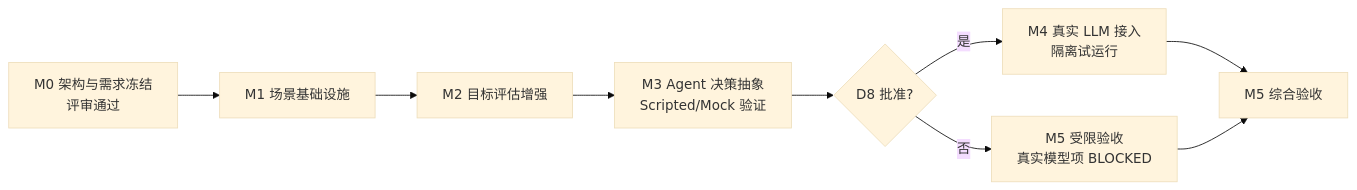
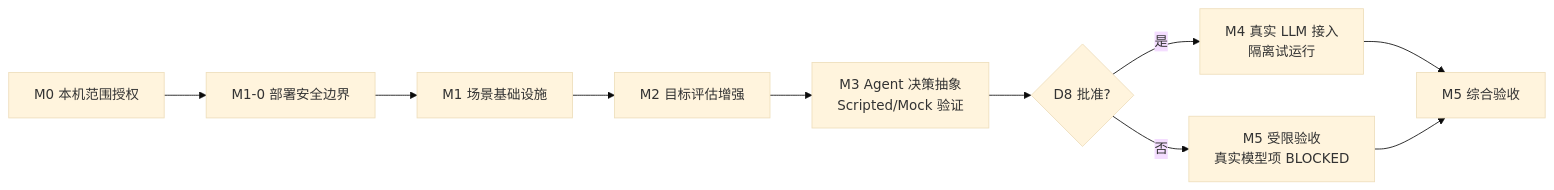
One commit to zjy110203/TraceGuard changed the diagram in docs/r5/R5-5.3-开发任务与验收矩阵.md. Above: the diagram before and after it, drawn with Mermaid (base theme). The commit also changed other lines of this file and 62 other files, not shown here.

Commit message:
Complete local M1-M3 foundations and M5 repair flow

````diff
--- a/docs/r5/R5-5.3-开发任务与验收矩阵.md
+++ b/docs/r5/R5-5.3-开发任务与验收矩阵.md
@@ -12,11 +12,12 @@
 ```mermaid
 flowchart LR
-    M0[M0 架构与需求冻结<br/>评审通过] --> M1[M1 场景基础设施]
+    M0[M0 本机范围授权] --> M10[M1-0 部署安全边界]
+    M10 --> M1[M1 场景基础设施]
     M1 --> M2[M2 目标评估增强]
     M2 --> M3[M3 Agent 决策抽象<br/>Scripted/Mock 验证]
     M3 --> D8{D8 批准?}
     D8 -- 是 --> M4[M4 真实 LLM 接入<br/>隔离试运行]
     D8 -- 否 --> M5B[M5 受限验收<br/>真实模型项 BLOCKED]
     M4 --> M5[M5 综合验收]
     M5B --> M5
 ```
````
